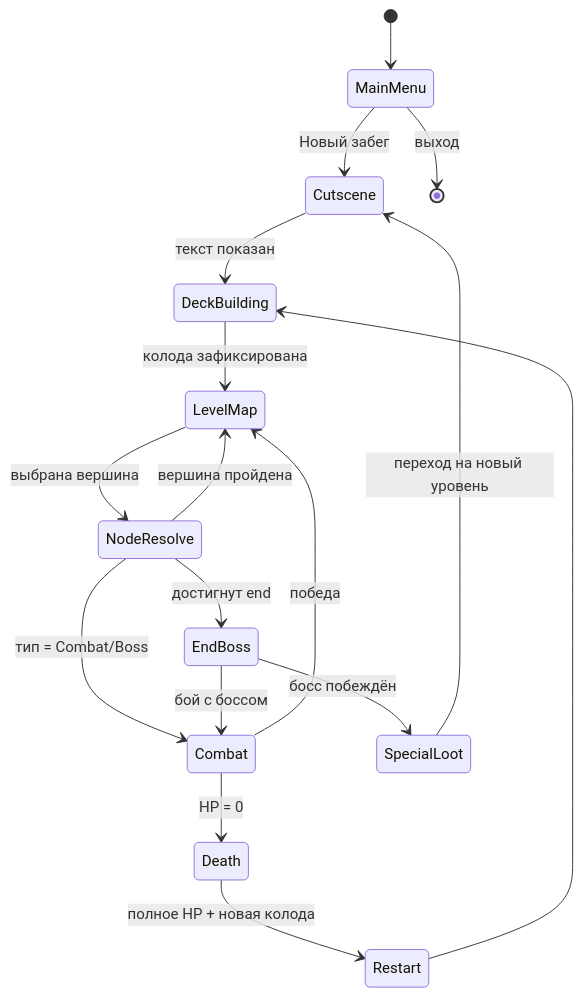
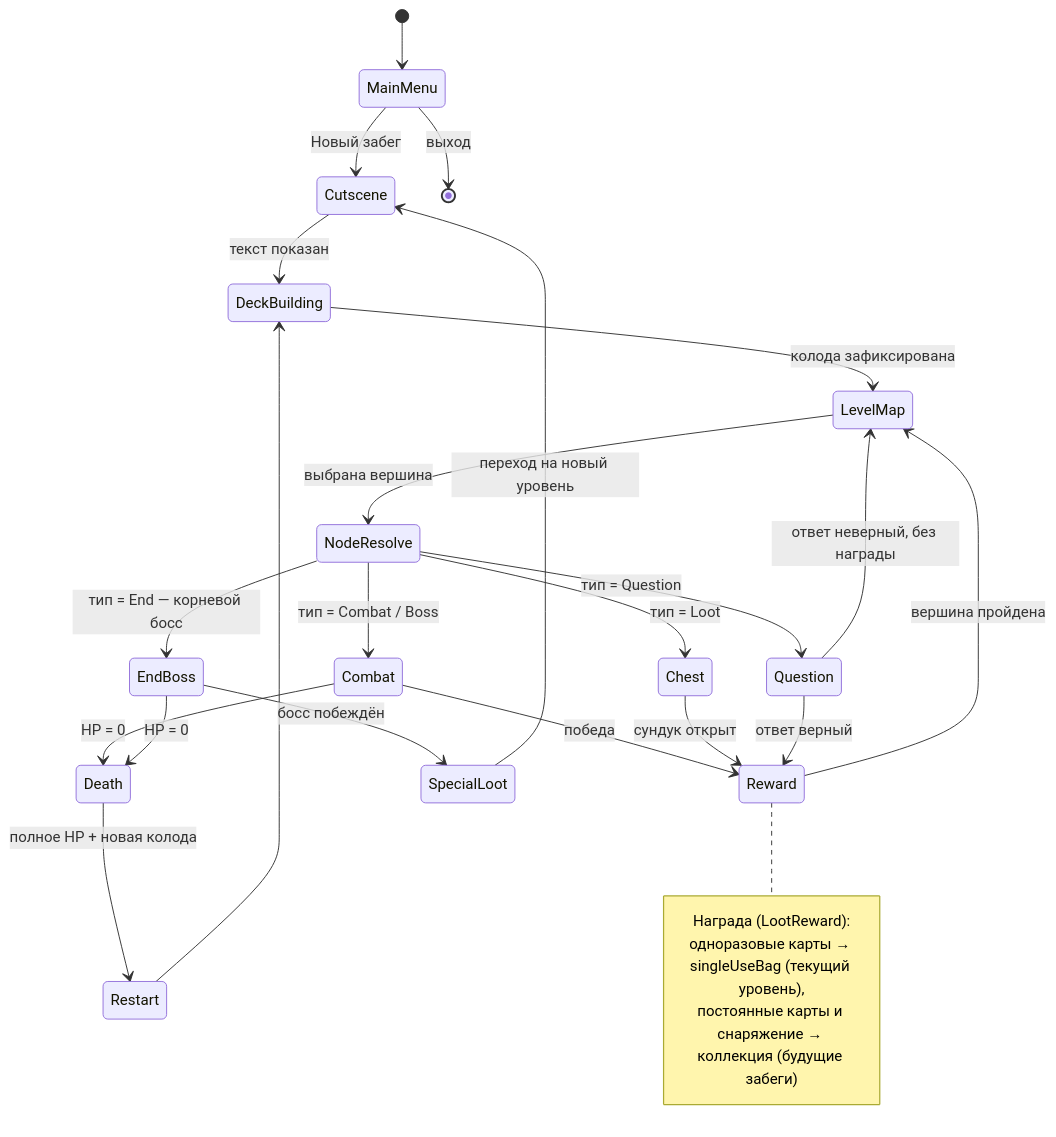
The first of 5 diagrams in docs/architecture/04-gameplay.md (SPbZOVal/yar), drawn with Mermaid before and after one commit. The commit also changed other lines of this file and 3 other files, not shown here.

First line of the commit message:
docs: de-jargon README, clarify level graph and loot flow

````diff
--- a/docs/architecture/04-gameplay.md
+++ b/docs/architecture/04-gameplay.md
@@ -23,19 +23,37 @@
 ```mermaid
 stateDiagram-v2
     [*] --> MainMenu
     MainMenu --> Cutscene: Новый забег
     Cutscene --> DeckBuilding: текст показан
     DeckBuilding --> LevelMap: колода зафиксирована
+
     LevelMap --> NodeResolve: выбрана вершина
-    NodeResolve --> LevelMap: вершина пройдена
-    NodeResolve --> Combat: тип = Combat/Boss
-    Combat --> LevelMap: победа
+    NodeResolve --> Combat: тип = Combat / Boss
+    NodeResolve --> Chest: тип = Loot
+    NodeResolve --> Question: тип = Question
+    NodeResolve --> EndBoss: тип = End — корневой босс
+
+    Combat --> Reward: победа
     Combat --> Death: HP = 0
-    NodeResolve --> EndBoss: достигнут end
-    EndBoss --> Combat: бой с боссом
+
+    Chest --> Reward: сундук открыт
+
+    Question --> Reward: ответ верный
+    Question --> LevelMap: ответ неверный, без награды
+
+    Reward --> LevelMap: вершина пройдена
+
     EndBoss --> SpecialLoot: босс побеждён
+    EndBoss --> Death: HP = 0
     SpecialLoot --> Cutscene: переход на новый уровень
+
     Death --> Restart: полное HP + новая колода
     Restart --> DeckBuilding
     MainMenu --> [*]: выход
+
+    note right of Reward
+        Награда (LootReward):
+        одноразовые карты → singleUseBag (текущий уровень),
+        постоянные карты и снаряжение → коллекция (будущие забеги)
+    end note
 ```
````
